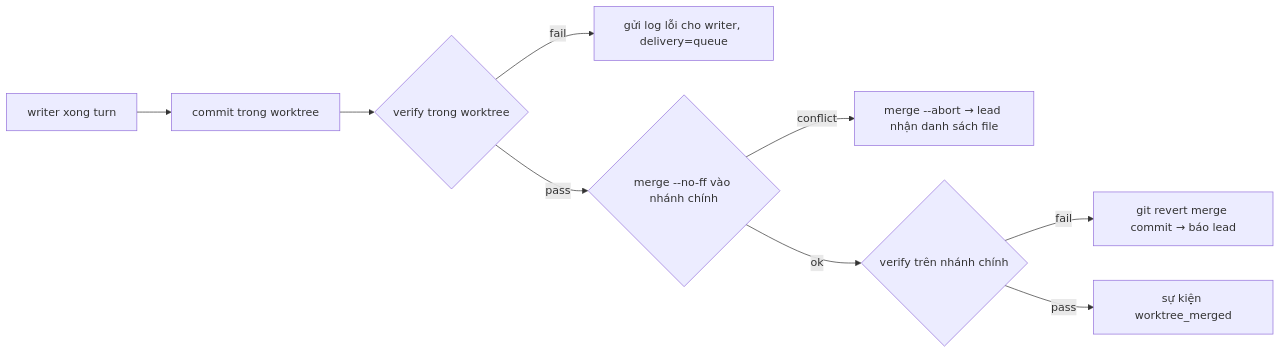
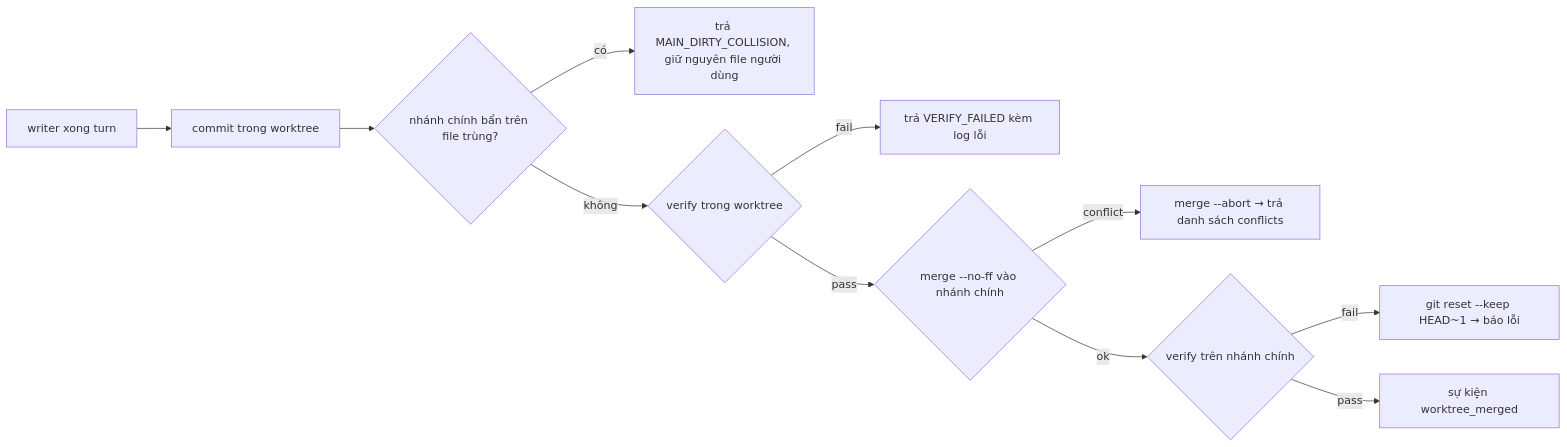
One commit to huongmh14/BotAutoTask changed the diagram in docs/feature/03-git-worktree-parallel.md. Above: the diagram before and after it, drawn with Mermaid. The commit also changed other lines of this file and 40 other files, not shown here.

````diff
--- a/docs/feature/03-git-worktree-parallel.md
+++ b/docs/feature/03-git-worktree-parallel.md
@@ -59,11 +74,13 @@
 ```mermaid
 flowchart LR
     A[writer xong turn] --> C[commit trong worktree]
-    C --> V{verify trong worktree}
-    V -- fail --> R[gửi log lỗi cho writer, delivery=queue]
+    C --> D{nhánh chính bẩn trên file trùng?}
+    D -- có --> K[trả MAIN_DIRTY_COLLISION, giữ nguyên file người dùng]
+    D -- không --> V{verify trong worktree}
+    V -- fail --> R[trả VERIFY_FAILED kèm log lỗi]
     V -- pass --> M{merge --no-ff vào nhánh chính}
-    M -- conflict --> X[merge --abort → lead nhận danh sách file]
+    M -- conflict --> X[merge --abort → trả danh sách conflicts]
     M -- ok --> V2{verify trên nhánh chính}
-    V2 -- fail --> RV[git revert merge commit → báo lead]
-    V2 -- pass --> D[sự kiện worktree_merged]
+    V2 -- fail --> RV[git reset --keep HEAD~1 → báo lỗi]
+    V2 -- pass --> W[sự kiện worktree_merged]
 ```
````
